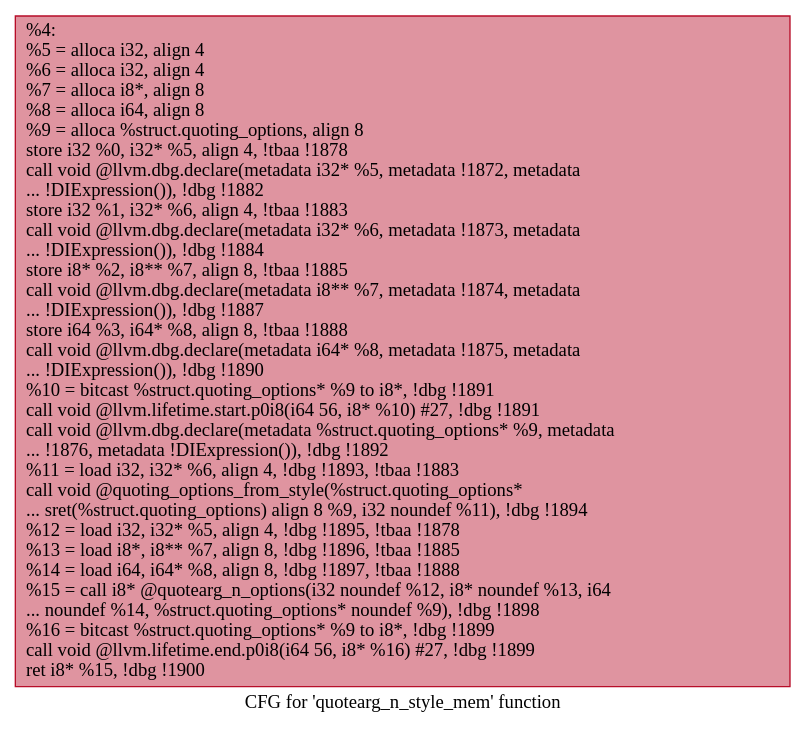
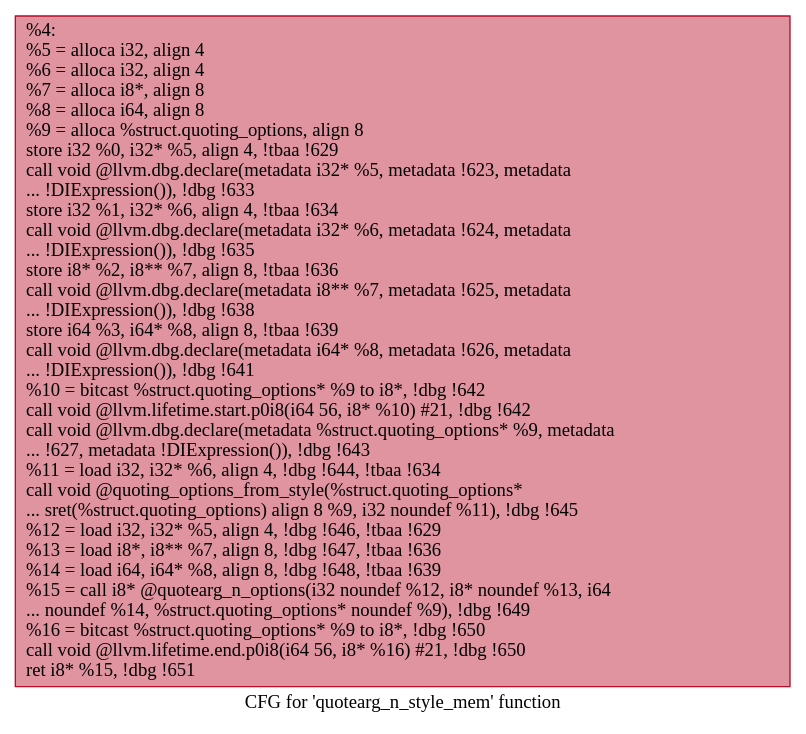
One commit to hmc-alpaqa/metrinome changed the diagram in src/experiments/coreutils/.quotearg_n_style_mem.dot. Above: the diagram before and after it, drawn with Graphviz. The commit also changed 490 other files, not shown here.

Commit message:
success graph simplifying on true.bc

```diff
--- a/src/experiments/coreutils/.quotearg_n_style_mem.dot
+++ b/src/experiments/coreutils/.quotearg_n_style_mem.dot
@@ -1,5 +1,5 @@
 digraph "CFG for 'quotearg_n_style_mem' function" {
 	label="CFG for 'quotearg_n_style_mem' function";
 
-	Node0xd353c0 [shape=record,color="#b70d28ff", style=filled, fillcolor="#b70d2870",label="{%4:\l  %5 = alloca i32, align 4\l  %6 = alloca i32, align 4\l  %7 = alloca i8*, align 8\l  %8 = alloca i64, align 8\l  %9 = alloca %struct.quoting_options, align 8\l  store i32 %0, i32* %5, align 4, !tbaa !1878\l  call void @llvm.dbg.declare(metadata i32* %5, metadata !1872, metadata\l... !DIExpression()), !dbg !1882\l  store i32 %1, i32* %6, align 4, !tbaa !1883\l  call void @llvm.dbg.declare(metadata i32* %6, metadata !1873, metadata\l... !DIExpression()), !dbg !1884\l  store i8* %2, i8** %7, align 8, !tbaa !1885\l  call void @llvm.dbg.declare(metadata i8** %7, metadata !1874, metadata\l... !DIExpression()), !dbg !1887\l  store i64 %3, i64* %8, align 8, !tbaa !1888\l  call void @llvm.dbg.declare(metadata i64* %8, metadata !1875, metadata\l... !DIExpression()), !dbg !1890\l  %10 = bitcast %struct.quoting_options* %9 to i8*, !dbg !1891\l  call void @llvm.lifetime.start.p0i8(i64 56, i8* %10) #27, !dbg !1891\l  call void @llvm.dbg.declare(metadata %struct.quoting_options* %9, metadata\l... !1876, metadata !DIExpression()), !dbg !1892\l  %11 = load i32, i32* %6, align 4, !dbg !1893, !tbaa !1883\l  call void @quoting_options_from_style(%struct.quoting_options*\l... sret(%struct.quoting_options) align 8 %9, i32 noundef %11), !dbg !1894\l  %12 = load i32, i32* %5, align 4, !dbg !1895, !tbaa !1878\l  %13 = load i8*, i8** %7, align 8, !dbg !1896, !tbaa !1885\l  %14 = load i64, i64* %8, align 8, !dbg !1897, !tbaa !1888\l  %15 = call i8* @quotearg_n_options(i32 noundef %12, i8* noundef %13, i64\l... noundef %14, %struct.quoting_options* noundef %9), !dbg !1898\l  %16 = bitcast %struct.quoting_options* %9 to i8*, !dbg !1899\l  call void @llvm.lifetime.end.p0i8(i64 56, i8* %16) #27, !dbg !1899\l  ret i8* %15, !dbg !1900\l}"];
+	Node0x1d2b070 [shape=record,color="#b70d28ff", style=filled, fillcolor="#b70d2870",label="{%4:\l  %5 = alloca i32, align 4\l  %6 = alloca i32, align 4\l  %7 = alloca i8*, align 8\l  %8 = alloca i64, align 8\l  %9 = alloca %struct.quoting_options, align 8\l  store i32 %0, i32* %5, align 4, !tbaa !629\l  call void @llvm.dbg.declare(metadata i32* %5, metadata !623, metadata\l... !DIExpression()), !dbg !633\l  store i32 %1, i32* %6, align 4, !tbaa !634\l  call void @llvm.dbg.declare(metadata i32* %6, metadata !624, metadata\l... !DIExpression()), !dbg !635\l  store i8* %2, i8** %7, align 8, !tbaa !636\l  call void @llvm.dbg.declare(metadata i8** %7, metadata !625, metadata\l... !DIExpression()), !dbg !638\l  store i64 %3, i64* %8, align 8, !tbaa !639\l  call void @llvm.dbg.declare(metadata i64* %8, metadata !626, metadata\l... !DIExpression()), !dbg !641\l  %10 = bitcast %struct.quoting_options* %9 to i8*, !dbg !642\l  call void @llvm.lifetime.start.p0i8(i64 56, i8* %10) #21, !dbg !642\l  call void @llvm.dbg.declare(metadata %struct.quoting_options* %9, metadata\l... !627, metadata !DIExpression()), !dbg !643\l  %11 = load i32, i32* %6, align 4, !dbg !644, !tbaa !634\l  call void @quoting_options_from_style(%struct.quoting_options*\l... sret(%struct.quoting_options) align 8 %9, i32 noundef %11), !dbg !645\l  %12 = load i32, i32* %5, align 4, !dbg !646, !tbaa !629\l  %13 = load i8*, i8** %7, align 8, !dbg !647, !tbaa !636\l  %14 = load i64, i64* %8, align 8, !dbg !648, !tbaa !639\l  %15 = call i8* @quotearg_n_options(i32 noundef %12, i8* noundef %13, i64\l... noundef %14, %struct.quoting_options* noundef %9), !dbg !649\l  %16 = bitcast %struct.quoting_options* %9 to i8*, !dbg !650\l  call void @llvm.lifetime.end.p0i8(i64 56, i8* %16) #21, !dbg !650\l  ret i8* %15, !dbg !651\l}"];
 }
```
